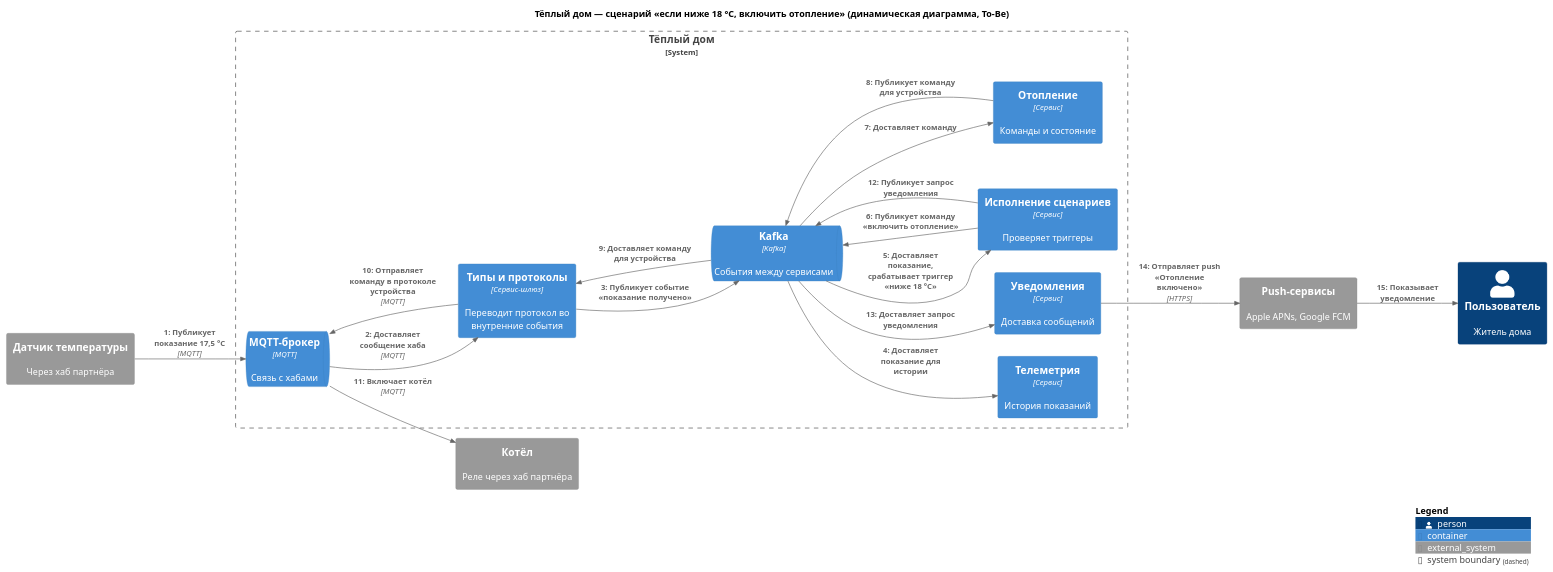
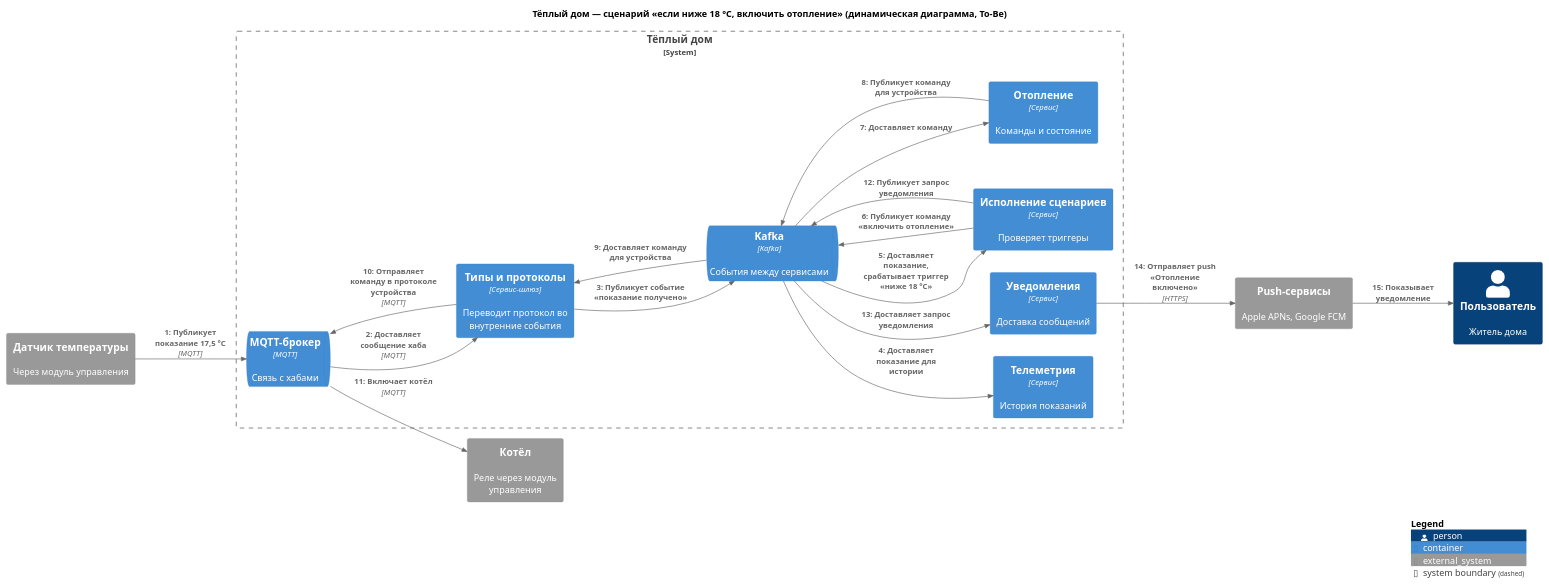
Before and after one commit to KirylNik/architecture-warmhouse: the diagram in diagrams/dynamic/WarmHouse_Dynamic_Heating.puml, drawn with PlantUML. The commit also changed 24 other files, not shown here.

Commit message:
Задание 2: диаграммы компонентов

```diff
--- a/diagrams/dynamic/WarmHouse_Dynamic_Heating.puml
+++ b/diagrams/dynamic/WarmHouse_Dynamic_Heating.puml
@@ -1,40 +1,40 @@
 @startuml
 !include https://raw.githubusercontent.com/plantuml-stdlib/C4-PlantUML/master/C4_Dynamic.puml
 
 LAYOUT_LEFT_RIGHT()
 
 title Тёплый дом — сценарий «если ниже 18 °C, включить отопление» (динамическая диаграмма, To-Be)
 
-System_Ext(sensor, "Датчик температуры", "Через хаб партнёра")
-System_Ext(boiler, "Котёл", "Реле через хаб партнёра")
+System_Ext(sensor, "Датчик температуры", "Через модуль управления")
+System_Ext(boiler, "Котёл", "Реле через модуль управления")
 Person(user, "Пользователь", "Житель дома")
 System_Ext(push, "Push-сервисы", "Apple APNs, Google FCM")
 
 System_Boundary(warmhouse, "Тёплый дом") {
   ContainerQueue(mqtt, "MQTT-брокер", "MQTT", "Связь с хабами")
   Container(types, "Типы и протоколы", "Сервис-шлюз", "Переводит протокол во внутренние события")
   ContainerQueue(kafka, "Kafka", "Kafka", "События между сервисами")
   Container(telemetry, "Телеметрия", "Сервис", "История показаний")
   Container(executor, "Исполнение сценариев", "Сервис", "Проверяет триггеры")
   Container(heating, "Отопление", "Сервис", "Команды и состояние")
   Container(notifications, "Уведомления", "Сервис", "Доставка сообщений")
 }
 
 Rel(sensor, mqtt, "Публикует показание 17,5 °C", "MQTT")
 Rel(mqtt, types, "Доставляет сообщение хаба", "MQTT")
 Rel(types, kafka, "Публикует событие «показание получено»")
 Rel(kafka, telemetry, "Доставляет показание для истории")
 Rel(kafka, executor, "Доставляет показание, срабатывает триггер «ниже 18 °C»")
 Rel(executor, kafka, "Публикует команду «включить отопление»")
 Rel(kafka, heating, "Доставляет команду")
 Rel(heating, kafka, "Публикует команду для устройства")
 Rel(kafka, types, "Доставляет команду для устройства")
 Rel(types, mqtt, "Отправляет команду в протоколе устройства", "MQTT")
 Rel(mqtt, boiler, "Включает котёл", "MQTT")
 Rel(executor, kafka, "Публикует запрос уведомления")
 Rel(kafka, notifications, "Доставляет запрос уведомления")
 Rel(notifications, push, "Отправляет push «Отопление включено»", "HTTPS")
 Rel(push, user, "Показывает уведомление")
 
 SHOW_LEGEND()
 @enduml
```
